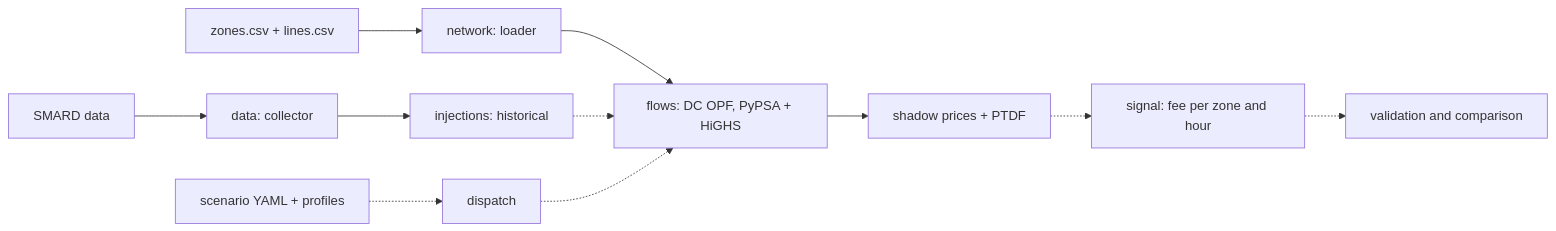
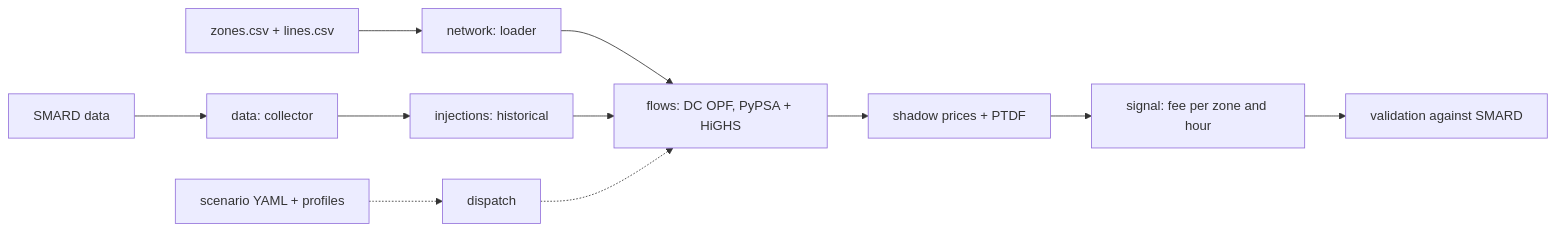
One commit to hwk44fwdm8-dev/gridfee-signal changed the diagram in README.md. Above: the diagram before and after it, drawn with Mermaid. The commit also changed other lines of this file and 23 other files, not shown here.

Commit message:
M3: fee signal, validation, backcast and 22-zone lines derived from PyPSA-Eur

````diff
--- a/README.md
+++ b/README.md
@@ -54,13 +60,13 @@
 ```mermaid
 flowchart LR
     cfg[zones.csv + lines.csv] --> network[network: loader]
     smard[SMARD data] --> data[data: collector]
     data --> inj[injections: historical]
     scen[scenario YAML + profiles] -.-> dispatch[dispatch]
     network --> flows[flows: DC OPF, PyPSA + HiGHS]
-    inj -.-> flows
+    inj --> flows
     dispatch -.-> flows
     flows --> out[shadow prices + PTDF]
-    out -.-> signal[signal: fee per zone and hour]
-    signal -.-> validation[validation and comparison]
+    out --> signal[signal: fee per zone and hour]
+    signal --> validation[validation against SMARD]
 ```
````
